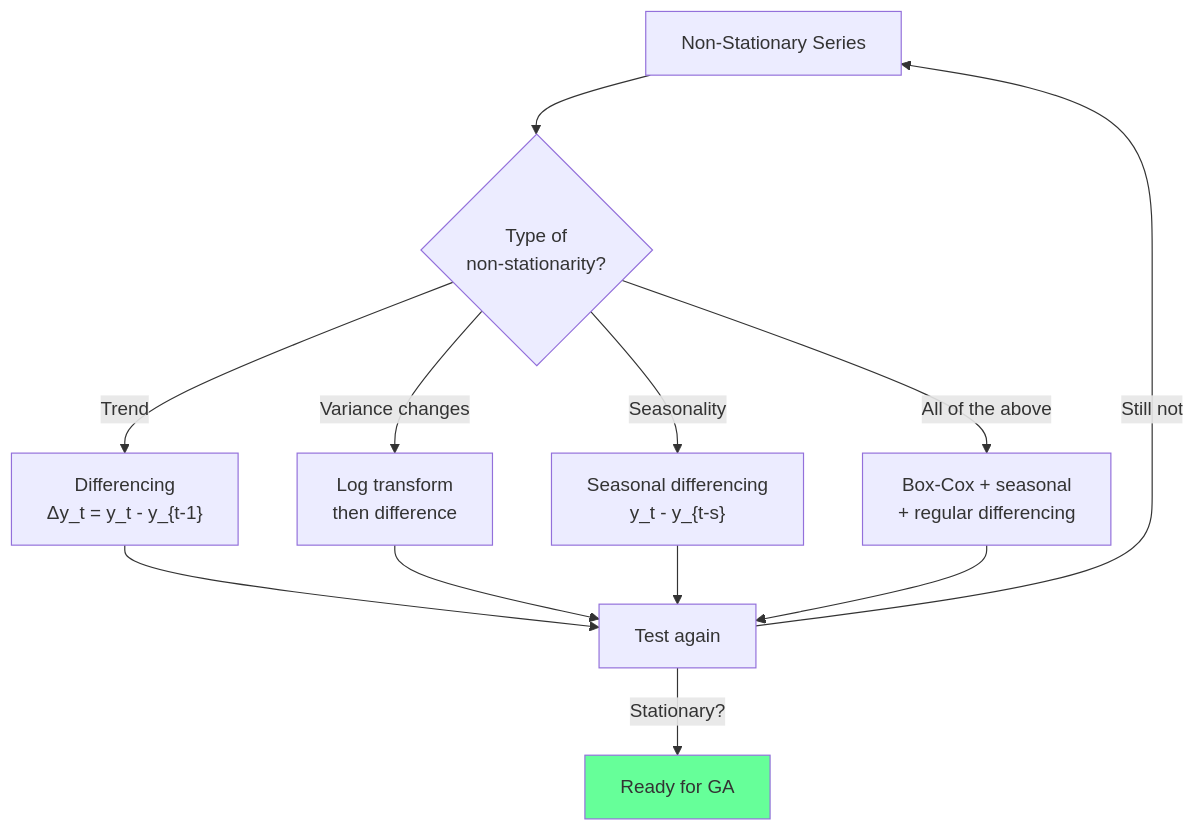
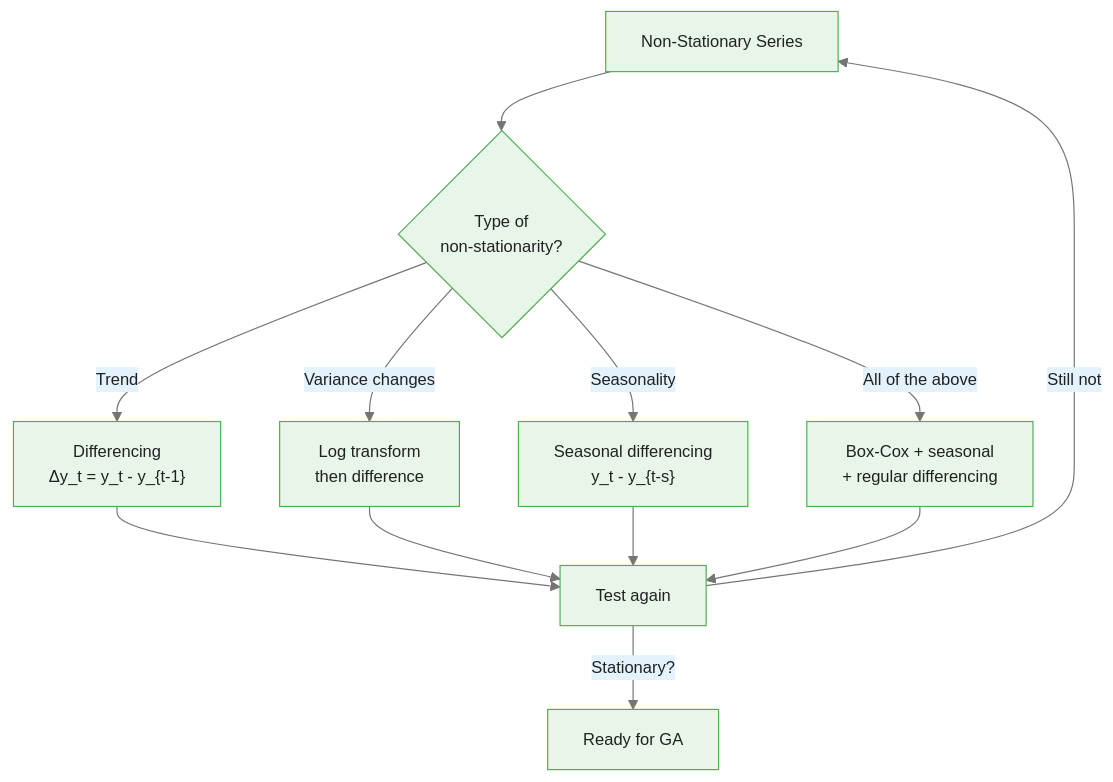
The second of 2 diagrams in courses/genetic-algorithms-feature-selection/modules/module_03_time_series/guides/03_stationarity_slides.md (m-deane/course-creator), drawn with Mermaid before and after one commit. The commit also changed other lines of this file and 52 other files, not shown here.

````diff
--- a/courses/genetic-algorithms-feature-selection/modules/module_03_time_series/guides/03_stationarity_slides.md
+++ b/courses/genetic-algorithms-feature-selection/modules/module_03_time_series/guides/03_stationarity_slides.md
@@ -118,15 +117,15 @@
 ```mermaid
+%%{init: {"theme": "base", "themeVariables": {"primaryColor": "#e8f5e9", "primaryBorderColor": "#4caf50", "primaryTextColor": "#212121", "secondaryColor": "#e3f2fd", "tertiaryColor": "#fff8e1", "lineColor": "#757575", "fontFamily": "Inter, sans-serif", "fontSize": "14px"}}}%%
 flowchart TD
     A[Non-Stationary Series] --> B{"Type of<br/>non-stationarity?"}
     B -->|"Trend"| C["Differencing<br/>Δy_t = y_t - y_{t-1}"]
     B -->|"Variance changes"| D["Log transform<br/>then difference"]
     B -->|"Seasonality"| E["Seasonal differencing<br/>y_t - y_{t-s}"]
     B -->|"All of the above"| F["Box-Cox + seasonal<br/>+ regular differencing"]
     C --> G["Test again"]
     D --> G
     E --> G
     F --> G
     G -->|"Stationary?"| H["Ready for GA"]
     G -->|"Still not"| A
-    style H fill:#6f9
 ```
````
